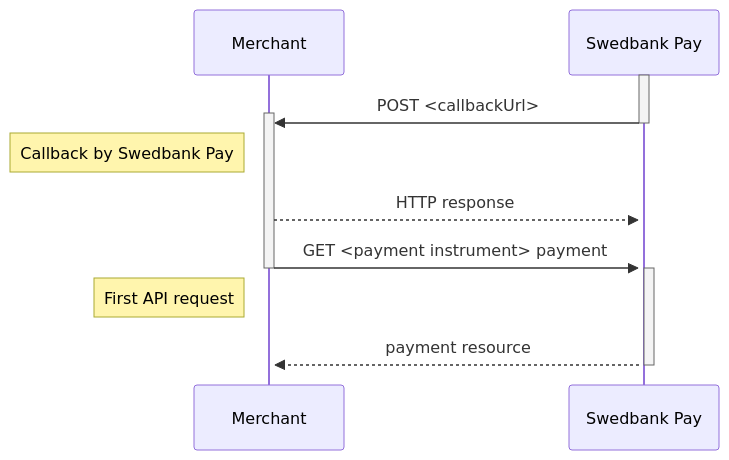
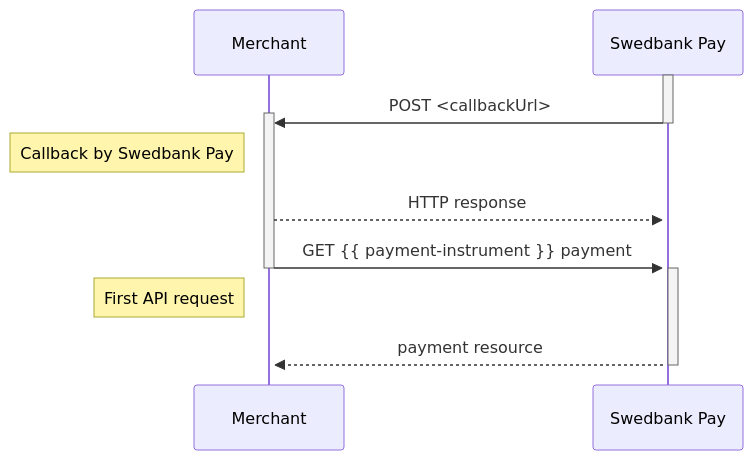
Before and after one commit to SwedbankPay/developer.swedbankpay.com: the diagram in _includes/callback-reference.md, drawn with Mermaid. The commit also changed other lines of this file, not shown here.

Commit message:
Added payment instrument to callback reference

````diff
--- a/_includes/callback-reference.md
+++ b/_includes/callback-reference.md
@@ -83,16 +85,16 @@
 ```mermaid
 sequenceDiagram
     Participant Merchant
     Participant SwedbankPay as Swedbank Pay
 
     activate SwedbankPay
     SwedbankPay->>+Merchant: POST <callbackUrl>
     deactivate SwedbankPay
     note left of Merchant: Callback by Swedbank Pay
     Merchant-->>+SwedbankPay: HTTP response
-    Merchant->>+SwedbankPay: GET <payment instrument> payment
+    Merchant->>+SwedbankPay: GET {{ payment-instrument }} payment
     deactivate Merchant
     note left of Merchant: First API request
     SwedbankPay-->>+Merchant: payment resource
     deactivate SwedbankPay
 ```
````
